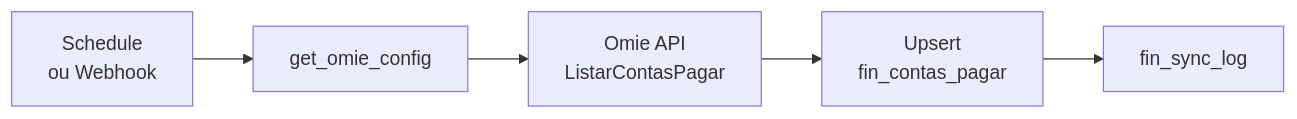
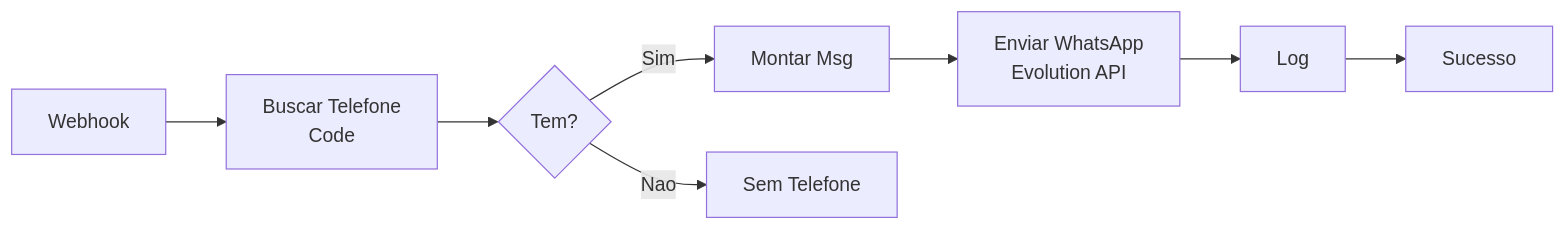
The sixth of 11 diagrams in docs/obsidian/10 - n8n Workflows.md (leandroteg/teg-plus), drawn with Mermaid before and after one commit. The commit also changed other lines of this file and 1 other file, not shown here.

First line of the commit message:
docs: atualizar Obsidian com schema completo e workflows n8n

````diff
--- a/docs/obsidian/10 - n8n Workflows.md
+++ b/docs/obsidian/10 - n8n Workflows.md
@@ -308,4 +248,6 @@
 ```mermaid
 flowchart LR
-    W[Schedule\nou Webhook] --> CF[get_omie_config] --> OL[Omie API\nListarContasPagar] --> UP[Upsert\nfin_contas_pagar] --> LOG[fin_sync_log]
+    W[Webhook] --> BT[Buscar Telefone\nCode] --> TP{Tem?}
+    TP -->|Sim| MM[Montar Msg] --> EW[Enviar WhatsApp\nEvolution API] --> LN[Log] --> RS[Sucesso]
+    TP -->|Nao| RST[Sem Telefone]
 ```
````
